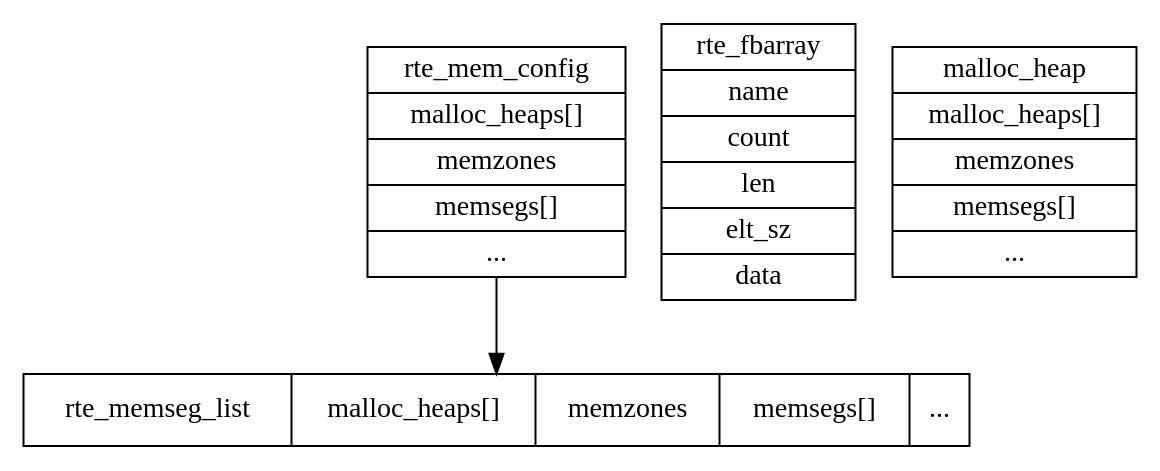
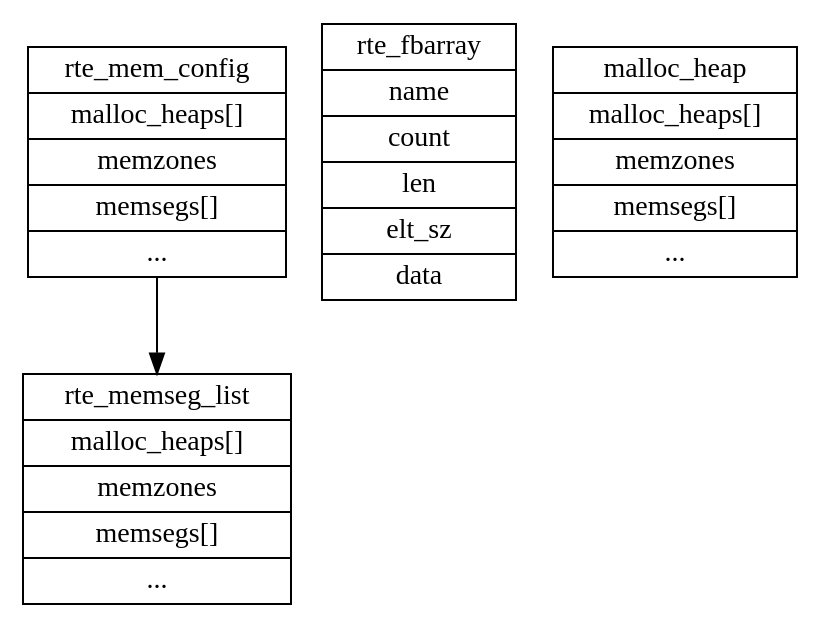
Before and after one commit to sisyphus1212/note: the diagram in dpdk/内存管理.md, drawn with Graphviz.

Commit message:
auto_update

````diff
--- a/dpdk/内存管理.md
+++ b/dpdk/内存管理.md
@@ -16,46 +16,46 @@
 ```graphviz
 digraph {
 	rte_mem_config[
 		label = "{
 		rte_mem_config|
         malloc_heaps[]|
 		memzones|
 		memsegs[]|
 		...
 		}",
 		shape = "record"
 	];
 	rte_fbarray[
 		label = "{
 		rte_fbarray|
         name|
 		count|
 		len|
 		elt_sz|
 		data
 		}",
 		shape = "record"
 	];
 	rte_memseg_list[
-		label = "
-		<f0>rte_memseg_list|<f1>
-        malloc_heaps[]|
+		label = "{
+		<f0>rte_memseg_list|
+		<f1>malloc_heaps[]|
 		<f2>memzones|
 		<f3>memsegs[]|
 		<f4>...
-		",
+		}",
 		shape = "record"
 	];
 	malloc_heap[
 		label = "{
 		malloc_heap|
         malloc_heaps[]|
 		memzones|
 		memsegs[]|
 		...
 		}",
 		shape = "record"
 	];
 	rte_mem_config:f0 -> rte_memseg_list
 }
 ```
````
